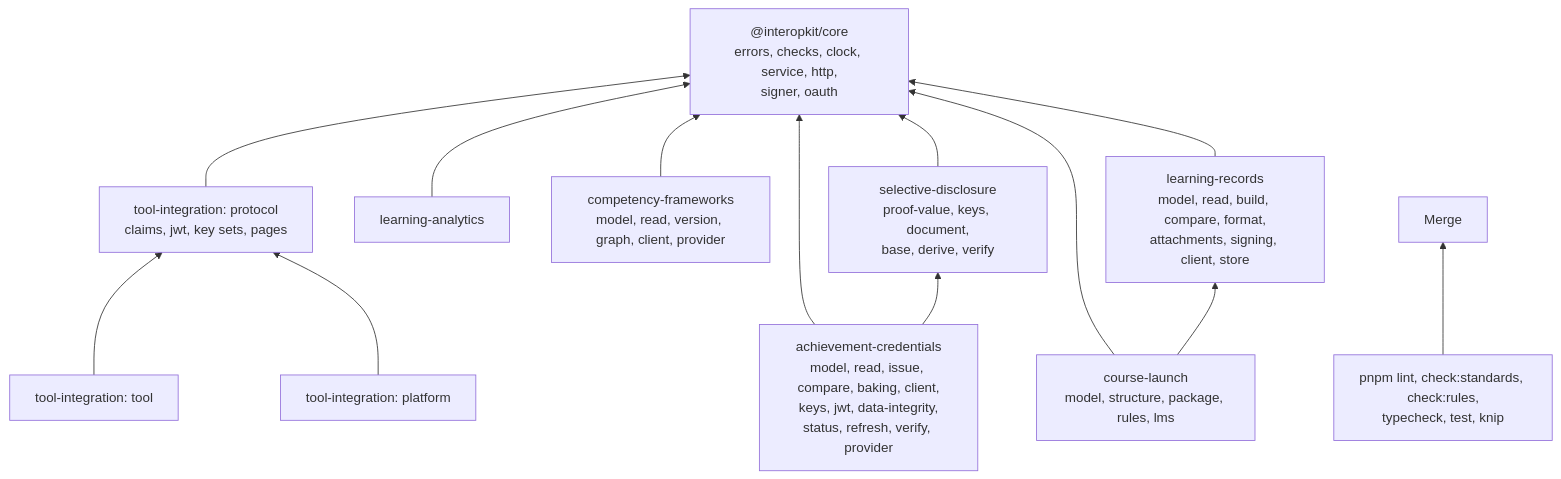
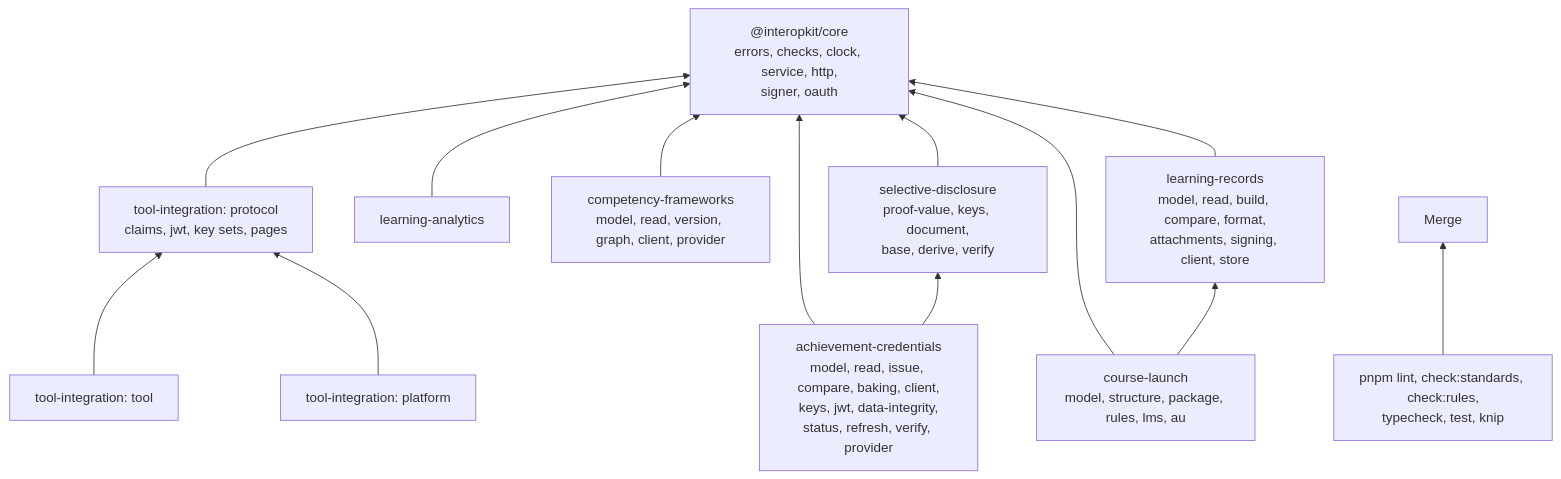
Before and after one commit to interopkit/interopkit: the diagram in AGENTS.md, drawn with Mermaid. The commit also changed other lines of this file and 36 other files, not shown here.

Commit message:
Add the runtime of a cmi5 assignable unit: its start from the launch URL, its statements judged by the rules before they leave, and a reload

````diff
--- a/AGENTS.md
+++ b/AGENTS.md
@@ -18,25 +18,25 @@
 ```mermaid
 flowchart BT
   core["@interopkit/core<br/>errors, checks, clock, service, http,<br/>signer, oauth"]
   proto["tool-integration: protocol<br/>claims, jwt, key sets, pages"]
   tool["tool-integration: tool"]
   plat["tool-integration: platform"]
   la["learning-analytics"]
   cf["competency-frameworks<br/>model, read, version, graph, client, provider"]
   lr["learning-records<br/>model, read, build, compare, format,<br/>attachments, signing, client, store"]
   sd["selective-disclosure<br/>proof-value, keys, document,<br/>base, derive, verify"]
   ac["achievement-credentials<br/>model, read, issue, compare, baking, client,<br/>keys, jwt, data-integrity,<br/>status, refresh, verify, provider"]
-  cl["course-launch<br/>model, structure, package, rules, lms"]
+  cl["course-launch<br/>model, structure, package, rules, lms, au"]
   proto --> core
   tool --> proto
   plat --> proto
   la --> core
   cf --> core
   lr --> core
   sd --> core
   ac --> core
   ac --> sd
   cl --> core
   cl --> lr
   gates["pnpm lint, check:standards, check:rules,<br/>typecheck, test, knip"] --> merge["Merge"]
 ```
````
